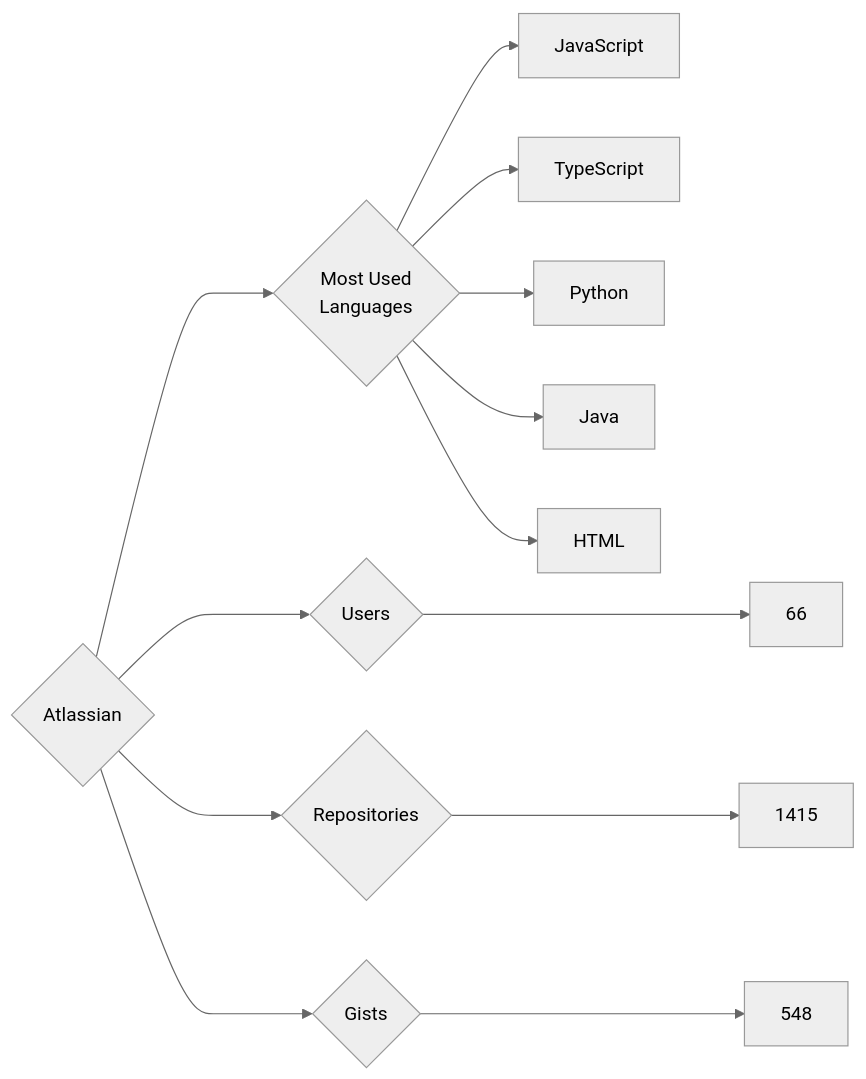
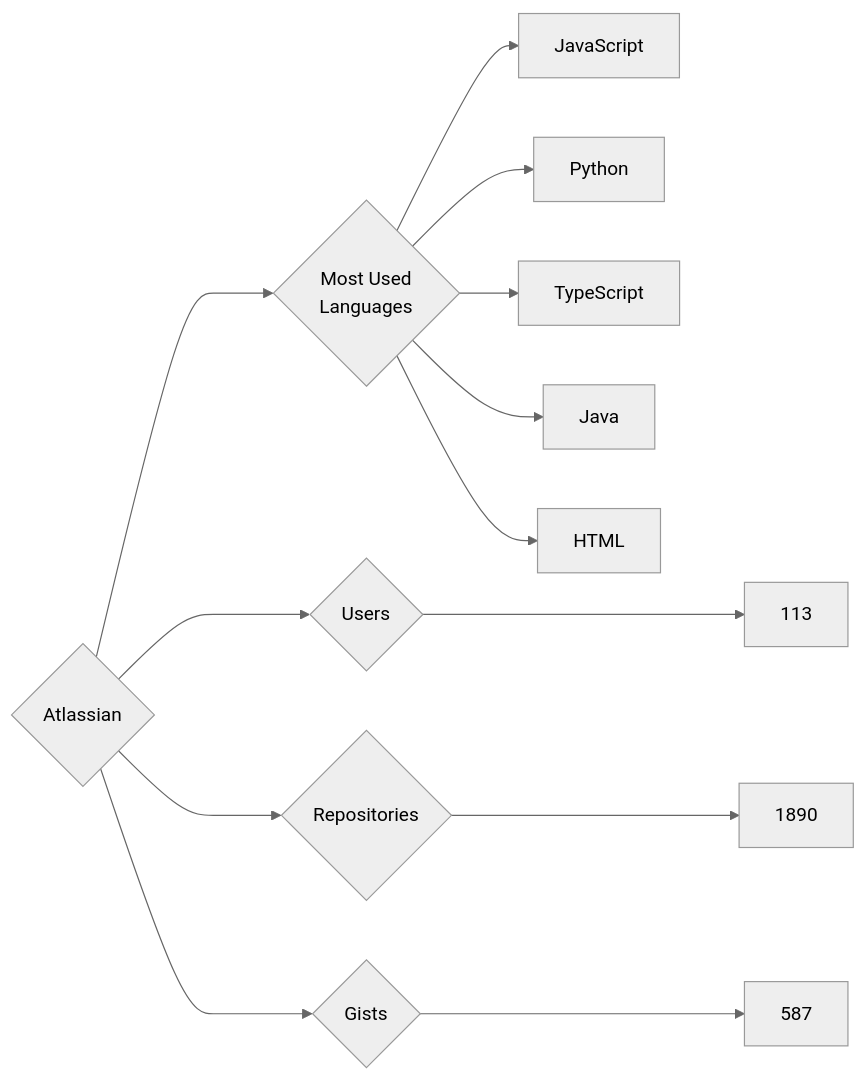
One commit to trickest/insiders changed the diagram in targets/Atlassian/README.md. Above: the diagram before and after it, drawn with Mermaid (neutral theme). The commit also changed 786 other files, not shown here.

````diff
--- a/targets/Atlassian/README.md
+++ b/targets/Atlassian/README.md
@@ -3,13 +3,13 @@
 ```mermaid
 graph LR
 COMPANY_NAME{Atlassian}
-COMPANY_NAME ---> U{Users} ---> UN[66]
-COMPANY_NAME ---> R{Repositories} ---> RN[1415]
-COMPANY_NAME ---> G{Gists} ---> GN[548]
+COMPANY_NAME ---> U{Users} ---> UN[113]
+COMPANY_NAME ---> R{Repositories} ---> RN[1890]
+COMPANY_NAME ---> G{Gists} ---> GN[587]
 COMPANY_NAME ---> ML{Most Used<br>Languages}
 ML --> JavaScript[JavaScript]
+ML --> Python[Python]
 ML --> TypeScript[TypeScript]
-ML --> Python[Python]
 ML --> Java[Java]
 ML --> HTML[HTML]
 ```
````
